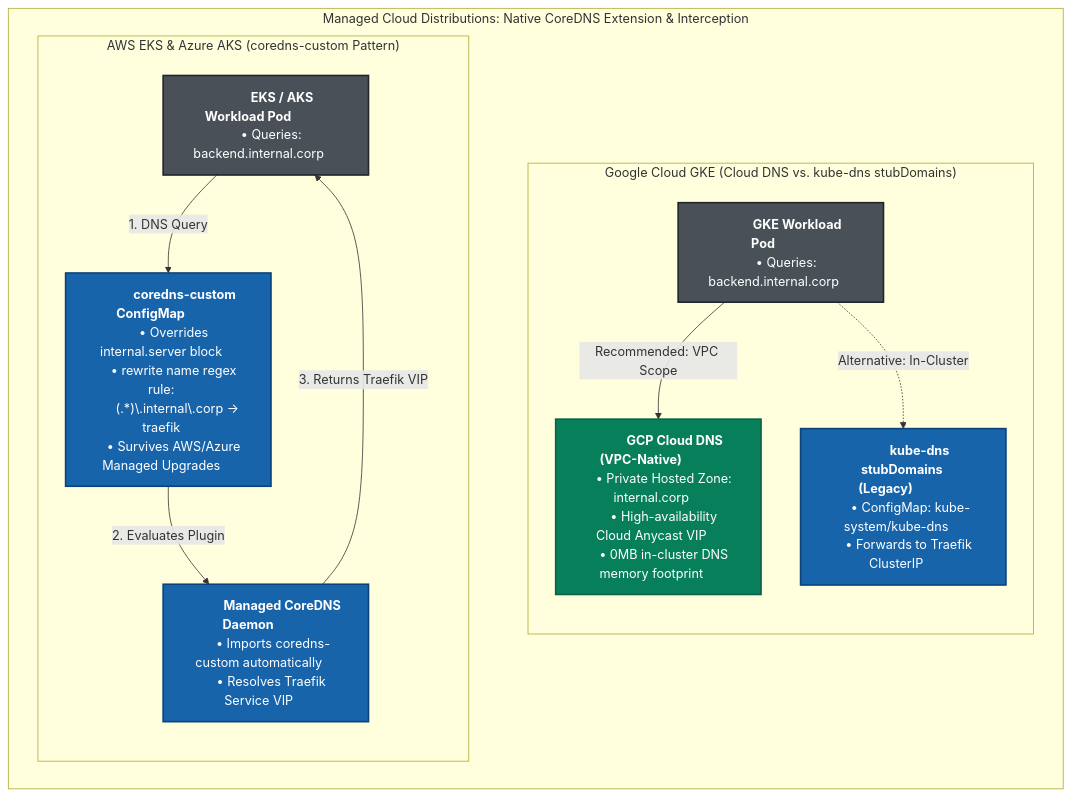
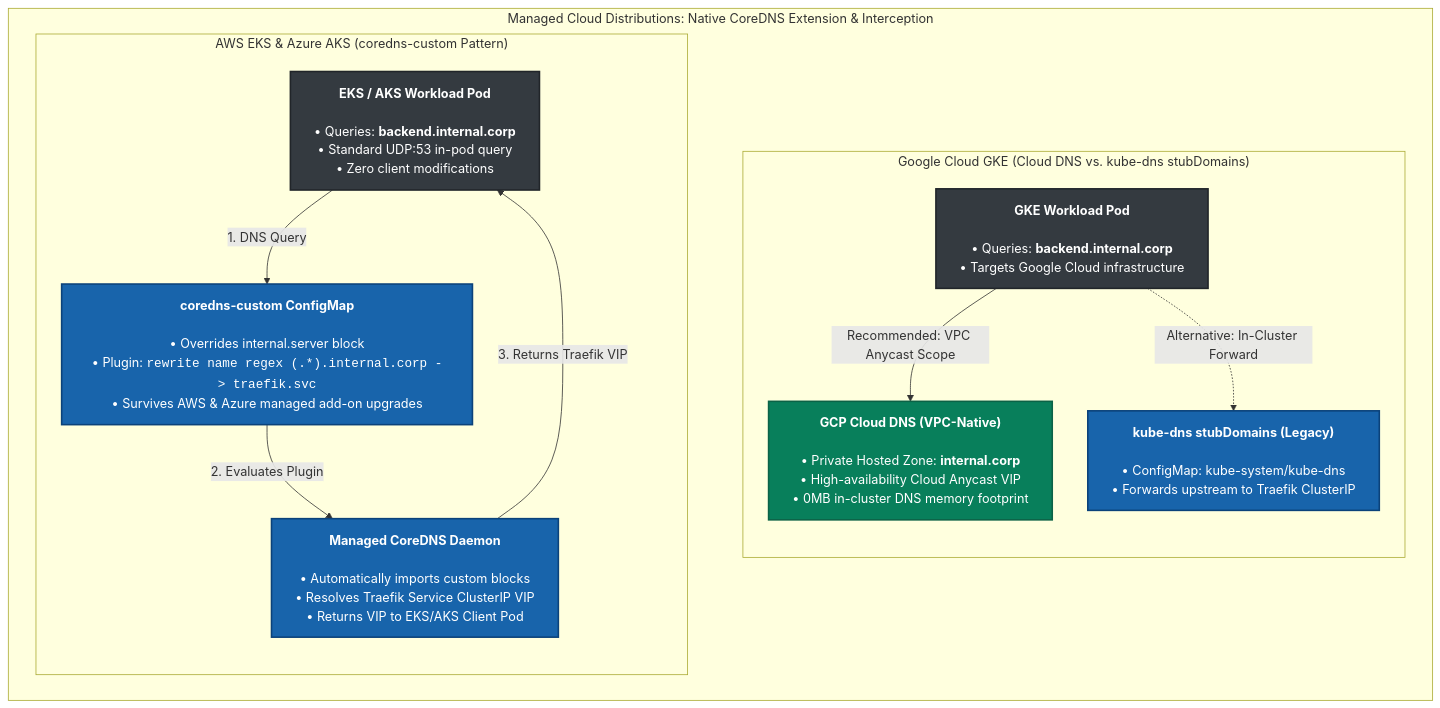
One commit to nubenetes/cloudnative-ingress-mesh-lab changed the sixth of 10 diagrams in docs/FQDN_ROUTING.md. Above: the diagram before and after it, drawn with Mermaid. The commit also changed other lines of this file, not shown here.

Commit message:
docs: resolve text clipping across all diagrams in FQDN_ROUTING.md

````diff
--- a/docs/FQDN_ROUTING.md
+++ b/docs/FQDN_ROUTING.md
@@ -735,37 +738,38 @@
 ```mermaid
+%%{init: {"flowchart": {"wrappingWidth": 460, "nodeSpacing": 45, "rankSpacing": 45}}}%%
 flowchart TD
-    subgraph ManagedCloudPlane ["&nbsp;&nbsp;&nbsp;&nbsp;&nbsp;&nbsp;&nbsp;&nbsp;&nbsp;&nbsp;&nbsp;&nbsp;Managed Cloud Distributions: Native CoreDNS Extension & Interception&nbsp;&nbsp;&nbsp;&nbsp;&nbsp;&nbsp;&nbsp;&nbsp;&nbsp;&nbsp;&nbsp;&nbsp;"]
-        subgraph EKSAKSPlane ["&nbsp;&nbsp;AWS EKS & Azure AKS (coredns-custom Pattern)&nbsp;&nbsp;"]
-            ClientEKS["&nbsp;&nbsp;&nbsp;&nbsp;&nbsp;&nbsp;&nbsp;&nbsp;&nbsp;&nbsp;<b>EKS / AKS Workload Pod</b>&nbsp;&nbsp;&nbsp;&nbsp;&nbsp;&nbsp;&nbsp;&nbsp;&nbsp;&nbsp;<br/>&nbsp;&nbsp;&nbsp;&nbsp;• Queries: backend.internal.corp&nbsp;&nbsp;&nbsp;&nbsp;"]
+    subgraph ManagedCloudPlane ["Managed Cloud Distributions: Native CoreDNS Extension & Interception"]
+        subgraph EKSAKSPlane ["AWS EKS & Azure AKS (coredns-custom Pattern)"]
+            ClientEKS["<b>EKS / AKS Workload Pod</b><br/><br/>• Queries: <b>backend.internal.corp</b><br/>• Standard UDP:53 in-pod query<br/>• Zero client modifications"]
             
-            CustomCM["&nbsp;&nbsp;&nbsp;&nbsp;&nbsp;&nbsp;&nbsp;&nbsp;&nbsp;&nbsp;<b>coredns-custom ConfigMap</b>&nbsp;&nbsp;&nbsp;&nbsp;&nbsp;&nbsp;&nbsp;&nbsp;&nbsp;&nbsp;<br/>&nbsp;&nbsp;&nbsp;&nbsp;• Overrides internal.server block&nbsp;&nbsp;&nbsp;&nbsp;<br/>&nbsp;&nbsp;&nbsp;&nbsp;• rewrite name regex rule:&nbsp;&nbsp;&nbsp;&nbsp;<br/>&nbsp;&nbsp;&nbsp;&nbsp;&nbsp;&nbsp;(.*)\.internal\.corp -> traefik&nbsp;&nbsp;&nbsp;&nbsp;<br/>&nbsp;&nbsp;&nbsp;&nbsp;• Survives AWS/Azure Managed Upgrades&nbsp;&nbsp;&nbsp;&nbsp;"]
+            CustomCM["<b>coredns-custom ConfigMap</b><br/><br/>• Overrides internal.server block<br/>• Plugin: <code>rewrite name regex (.*).internal.corp -> traefik.svc</code><br/>• Survives AWS & Azure managed add-on upgrades"]
             
-            ManagedCoreDNS["&nbsp;&nbsp;&nbsp;&nbsp;&nbsp;&nbsp;&nbsp;&nbsp;&nbsp;&nbsp;<b>Managed CoreDNS Daemon</b>&nbsp;&nbsp;&nbsp;&nbsp;&nbsp;&nbsp;&nbsp;&nbsp;&nbsp;&nbsp;<br/>&nbsp;&nbsp;&nbsp;&nbsp;• Imports coredns-custom automatically&nbsp;&nbsp;&nbsp;&nbsp;<br/>&nbsp;&nbsp;&nbsp;&nbsp;• Resolves Traefik Service VIP&nbsp;&nbsp;&nbsp;&nbsp;"]
+            ManagedCoreDNS["<b>Managed CoreDNS Daemon</b><br/><br/>• Automatically imports custom blocks<br/>• Resolves Traefik Service ClusterIP VIP<br/>• Returns VIP to EKS/AKS Client Pod"]
 
             ClientEKS -->|"1. DNS Query"| CustomCM
             CustomCM -->|"2. Evaluates Plugin"| ManagedCoreDNS
             ManagedCoreDNS -->|"3. Returns Traefik VIP"| ClientEKS
         end
 
         EKSAKSPlane ~~~ GKEPlane
 
-        subgraph GKEPlane ["&nbsp;&nbsp;Google Cloud GKE (Cloud DNS vs. kube-dns stubDomains)&nbsp;&nbsp;"]
-            ClientGKE["&nbsp;&nbsp;&nbsp;&nbsp;&nbsp;&nbsp;&nbsp;&nbsp;&nbsp;&nbsp;<b>GKE Workload Pod</b>&nbsp;&nbsp;&nbsp;&nbsp;&nbsp;&nbsp;&nbsp;&nbsp;&nbsp;&nbsp;<br/>&nbsp;&nbsp;&nbsp;&nbsp;• Queries: backend.internal.corp&nbsp;&nbsp;&nbsp;&nbsp;"]
+        subgraph GKEPlane ["Google Cloud GKE (Cloud DNS vs. kube-dns stubDomains)"]
+            ClientGKE["<b>GKE Workload Pod</b><br/><br/>• Queries: <b>backend.internal.corp</b><br/>• Targets Google Cloud infrastructure"]
             
-            GKEPathA["&nbsp;&nbsp;&nbsp;&nbsp;&nbsp;&nbsp;&nbsp;&nbsp;&nbsp;&nbsp;<b>GCP Cloud DNS (VPC-Native)</b>&nbsp;&nbsp;&nbsp;&nbsp;&nbsp;&nbsp;&nbsp;&nbsp;&nbsp;&nbsp;<br/>&nbsp;&nbsp;&nbsp;&nbsp;• Private Hosted Zone: internal.corp&nbsp;&nbsp;&nbsp;&nbsp;<br/>&nbsp;&nbsp;&nbsp;&nbsp;• High-availability Cloud Anycast VIP&nbsp;&nbsp;&nbsp;&nbsp;<br/>&nbsp;&nbsp;&nbsp;&nbsp;• 0MB in-cluster DNS memory footprint&nbsp;&nbsp;&nbsp;&nbsp;"]
+            GKEPathA["<b>GCP Cloud DNS (VPC-Native)</b><br/><br/>• Private Hosted Zone: <b>internal.corp</b><br/>• High-availability Cloud Anycast VIP<br/>• 0MB in-cluster DNS memory footprint"]
             
-            GKEPathB["&nbsp;&nbsp;&nbsp;&nbsp;&nbsp;&nbsp;&nbsp;&nbsp;&nbsp;&nbsp;<b>kube-dns stubDomains (Legacy)</b>&nbsp;&nbsp;&nbsp;&nbsp;&nbsp;&nbsp;&nbsp;&nbsp;&nbsp;&nbsp;<br/>&nbsp;&nbsp;&nbsp;&nbsp;• ConfigMap: kube-system/kube-dns&nbsp;&nbsp;&nbsp;&nbsp;<br/>&nbsp;&nbsp;&nbsp;&nbsp;• Forwards to Traefik ClusterIP&nbsp;&nbsp;&nbsp;&nbsp;"]
+            GKEPathB["<b>kube-dns stubDomains (Legacy)</b><br/><br/>• ConfigMap: kube-system/kube-dns<br/>• Forwards upstream to Traefik ClusterIP"]
 
-            ClientGKE -->|"Recommended: VPC Scope"| GKEPathA
-            ClientGKE -.->|"Alternative: In-Cluster"| GKEPathB
+            ClientGKE -->|"Recommended: VPC Anycast Scope"| GKEPathA
+            ClientGKE -.->|"Alternative: In-Cluster Forward"| GKEPathB
         end
     end
 
-    classDef client fill:#495057,stroke:#212529,stroke-width:2px,color:#fff;
-    classDef dns fill:#1864ab,stroke:#0b427a,stroke-width:2px,color:#fff;
-    classDef cloud fill:#087f5b,stroke:#0b6246,stroke-width:2px,color:#fff;
+    classDef client fill:#343a40,stroke:#212529,stroke-width:2px,color:#fff,min-width:380px;
+    classDef dns fill:#1864ab,stroke:#0b427a,stroke-width:2px,color:#fff,min-width:380px;
+    classDef cloud fill:#087f5b,stroke:#0b6246,stroke-width:2px,color:#fff,min-width:380px;
 
     class ClientEKS,ClientGKE client;
     class CustomCM,ManagedCoreDNS,GKEPathB dns;
     class GKEPathA cloud;
 ```
````
